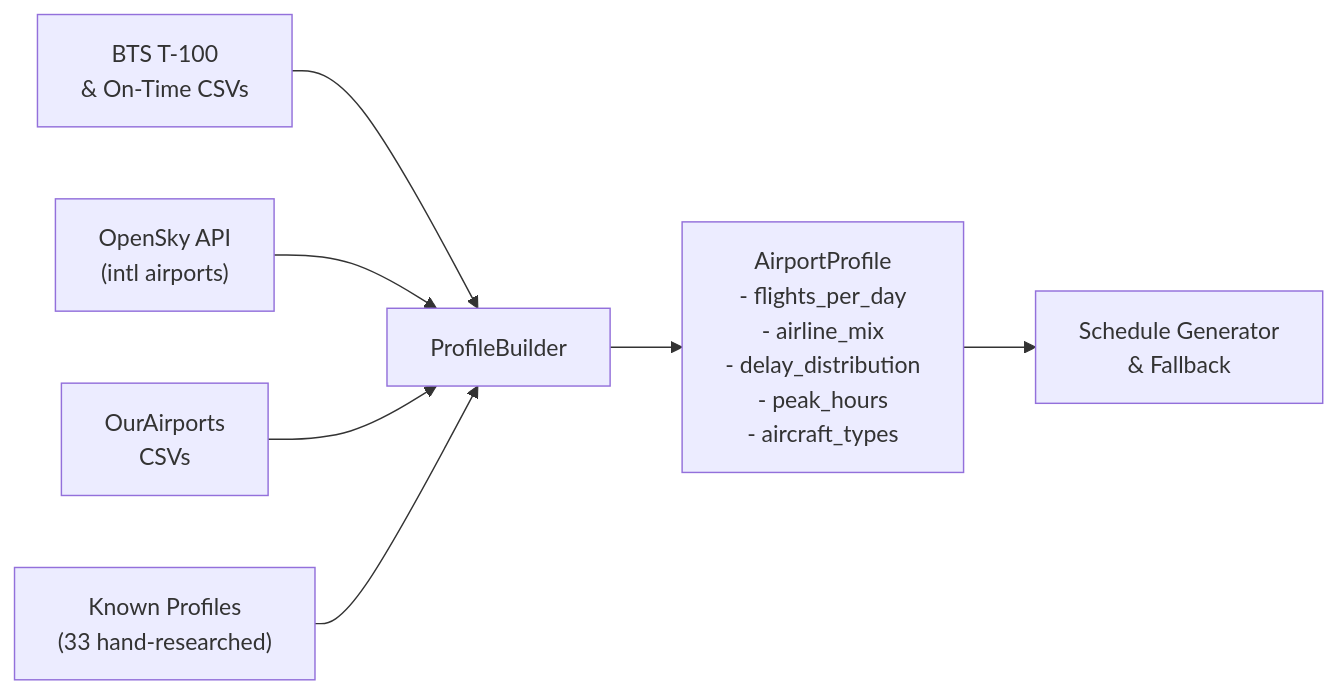
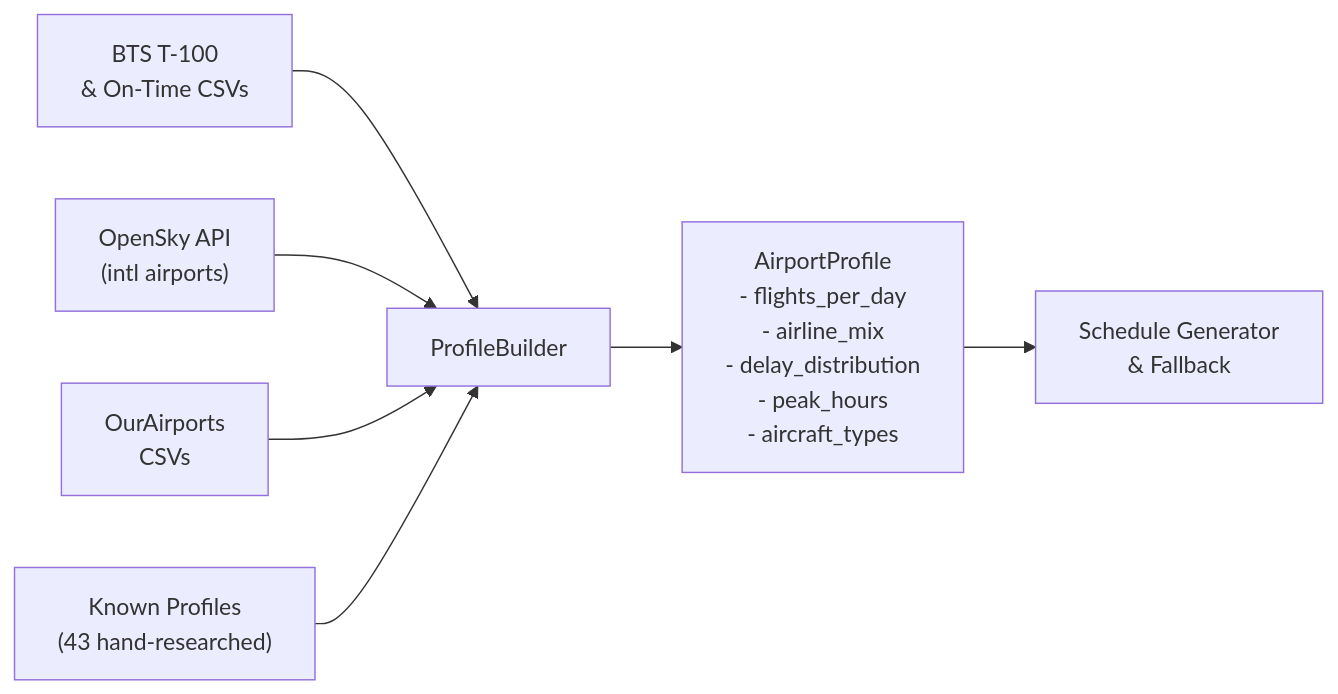
One commit to LaurentPRAT-DB/databricks-airport-digital-twin changed the fourth of 5 diagrams in README.md. Above: the diagram before and after it, drawn with Mermaid. The commit also changed other lines of this file, not shown here.

````diff
--- a/README.md
+++ b/README.md
@@ -329,9 +348,9 @@
 ```mermaid
 graph LR
     BTS["BTS T-100<br/>& On-Time CSVs"] --> PB["ProfileBuilder"]
     OSK["OpenSky API<br/>(intl airports)"] --> PB
     OA["OurAirports<br/>CSVs"] --> PB
-    KP["Known Profiles<br/>(33 hand-researched)"] --> PB
+    KP["Known Profiles<br/>(43 hand-researched)"] --> PB
     PB --> AP["AirportProfile<br/>- flights_per_day<br/>- airline_mix<br/>- delay_distribution<br/>- peak_hours<br/>- aircraft_types"]
     AP --> SG["Schedule Generator<br/>& Fallback"]
 ```
````
